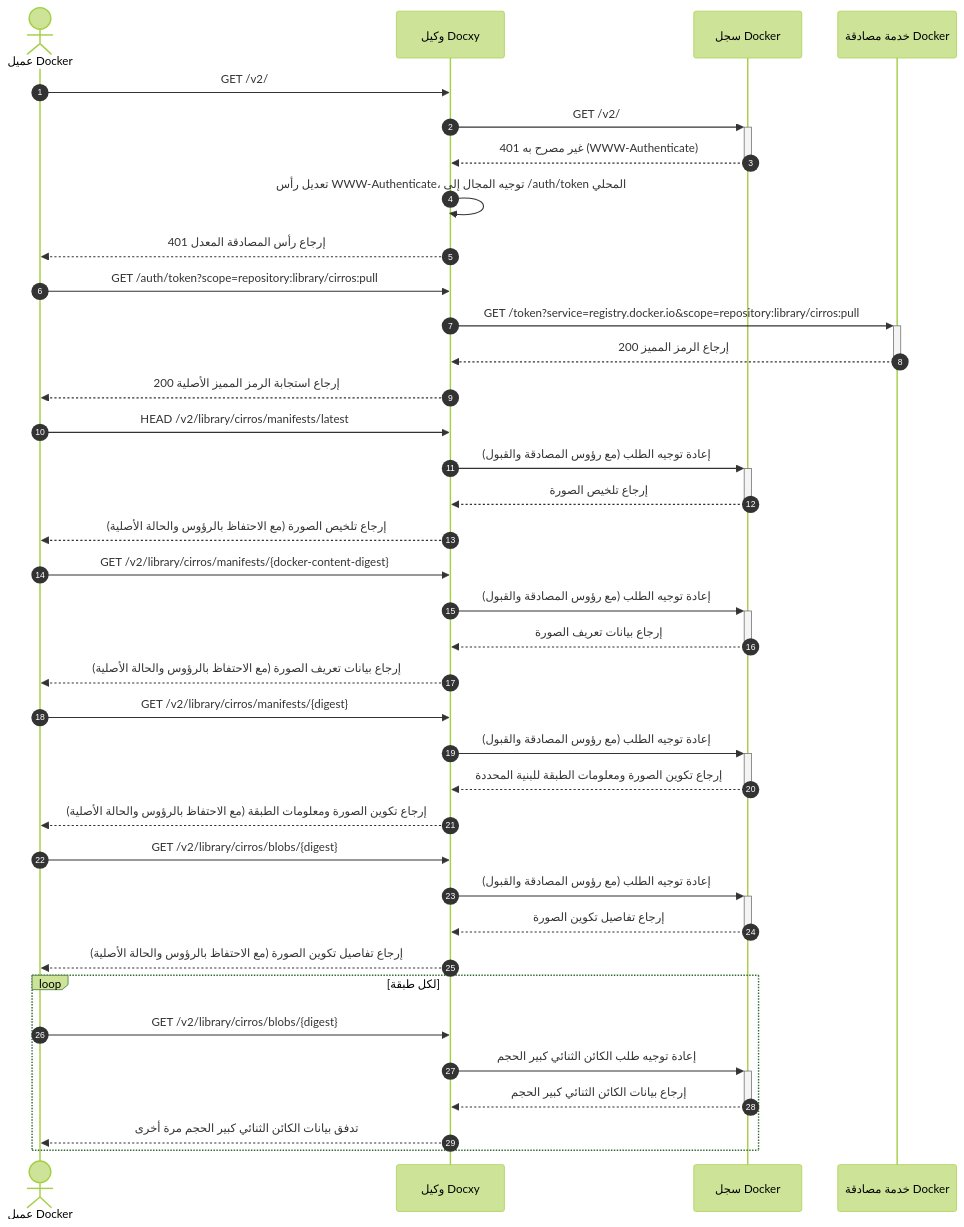
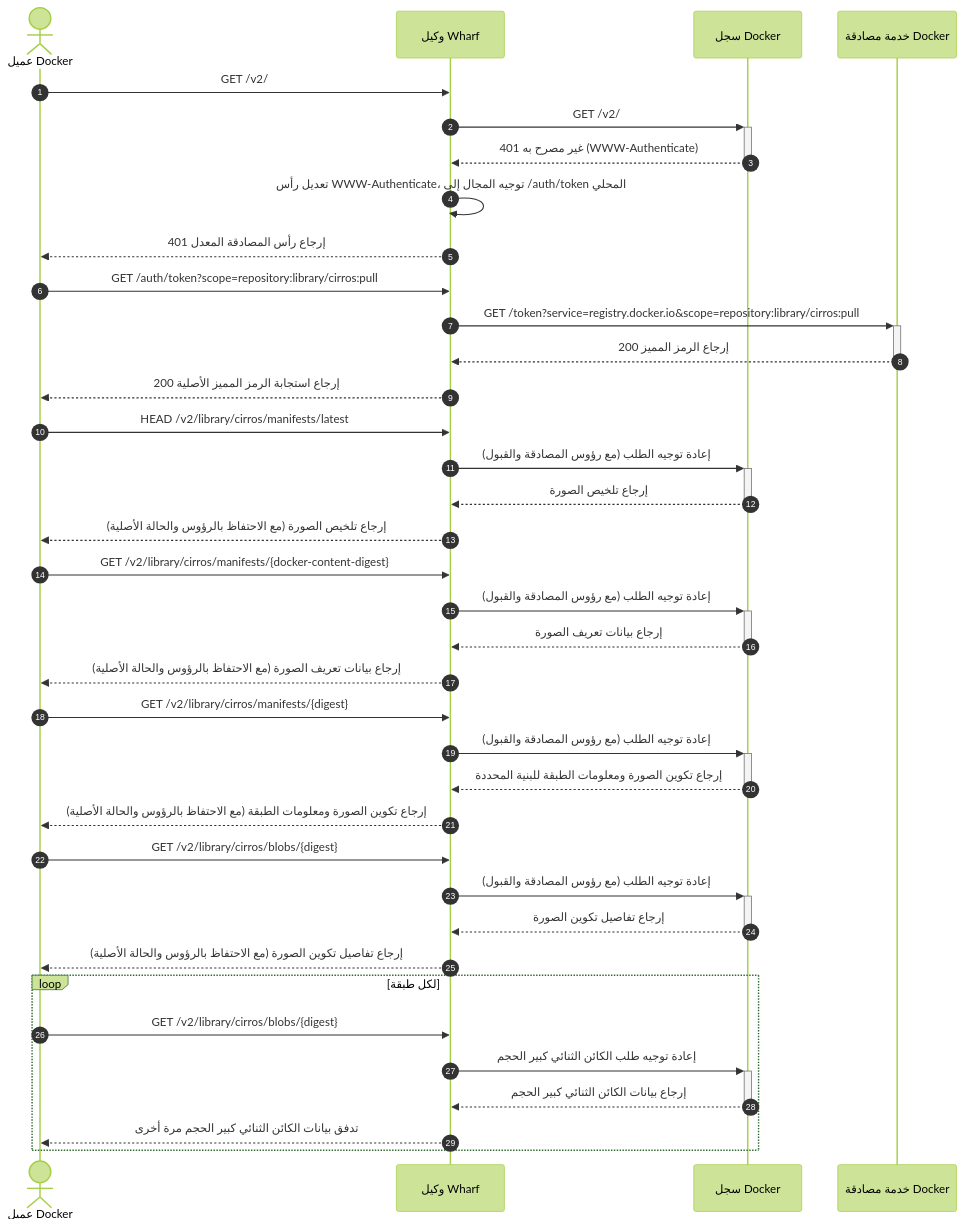
The second of 2 diagrams in docs/ARCHITECTURE_AR.md (harrisonwang/docxy), drawn with Mermaid (forest theme) before and after one commit. The commit also changed other lines of this file and 24 other files, not shown here.

Commit message:
🦄 refactor: 将项目从 Docxy 更名为 Wharf

````diff
--- a/docs/ARCHITECTURE_AR.md
+++ b/docs/ARCHITECTURE_AR.md
@@ -77,53 +77,53 @@
 ```mermaid
 sequenceDiagram
     autonumber
     actor Client as عميل Docker
-    participant Proxy as وكيل Docxy
+    participant Proxy as وكيل Wharf
     participant Registry as سجل Docker
     participant Auth as خدمة مصادقة Docker
     
     %% معالجة طلب التحدي
     Client->>Proxy: GET /v2/
     Proxy->>+Registry: GET /v2/
     Registry-->>-Proxy: 401 غير مصرح به (WWW-Authenticate)
     Proxy->>Proxy: تعديل رأس WWW-Authenticate، توجيه المجال إلى /auth/token المحلي
     Proxy-->>Client: 401 إرجاع رأس المصادقة المعدل
     
     %% الحصول على الرمز المميز
     Client->>Proxy: GET /auth/token?scope=repository:library/cirros:pull
     Proxy->>+Auth: GET /token?service=registry.docker.io&scope=repository:library/cirros:pull
     Auth-->>-Proxy: 200 إرجاع الرمز المميز
     Proxy-->>Client: 200 إرجاع استجابة الرمز المميز الأصلية
     
     %% طلب بيان الصورة (للتلخيص)
     Client->>Proxy: HEAD /v2/library/cirros/manifests/latest
     Proxy->>+Registry: إعادة توجيه الطلب (مع رؤوس المصادقة والقبول)
     Registry-->>-Proxy: إرجاع تلخيص الصورة
     Proxy-->>Client: إرجاع تلخيص الصورة (مع الاحتفاظ بالرؤوس والحالة الأصلية)
 
     %% طلب بيانات تعريف الصورة
     Client->>Proxy: GET /v2/library/cirros/manifests/{docker-content-digest}
     Proxy->>+Registry: إعادة توجيه الطلب (مع رؤوس المصادقة والقبول)
     Registry-->>-Proxy: إرجاع بيانات تعريف الصورة
     Proxy-->>Client: إرجاع بيانات تعريف الصورة (مع الاحتفاظ بالرؤوس والحالة الأصلية)
 
     %% طلب تكوين الصورة ومعلومات الطبقة
     Client->>Proxy: GET /v2/library/cirros/manifests/{digest}
     Proxy->>+Registry: إعادة توجيه الطلب (مع رؤوس المصادقة والقبول)
     Registry-->>-Proxy: إرجاع تكوين الصورة ومعلومات الطبقة للبنية المحددة
     Proxy-->>Client: إرجاع تكوين الصورة ومعلومات الطبقة (مع الاحتفاظ بالرؤوس والحالة الأصلية)
 
     %% طلب تفاصيل تكوين الصورة
     Client->>Proxy: GET /v2/library/cirros/blobs/{digest}
     Proxy->>+Registry: إعادة توجيه الطلب (مع رؤوس المصادقة والقبول)
     Registry-->>-Proxy: إرجاع تفاصيل تكوين الصورة
     Proxy-->>Client: إرجاع تفاصيل تكوين الصورة (مع الاحتفاظ بالرؤوس والحالة الأصلية)
     
     %% طلب بيانات ثنائية لطبقة الصورة (حلقة لكل طبقة)
     loop لكل طبقة
         Client->>Proxy: GET /v2/library/cirros/blobs/{digest}
         Proxy->>+Registry: إعادة توجيه طلب الكائن الثنائي كبير الحجم
         Registry-->>-Proxy: إرجاع بيانات الكائن الثنائي كبير الحجم
         Proxy-->>Client: تدفق بيانات الكائن الثنائي كبير الحجم مرة أخرى
     end
 ```
````
